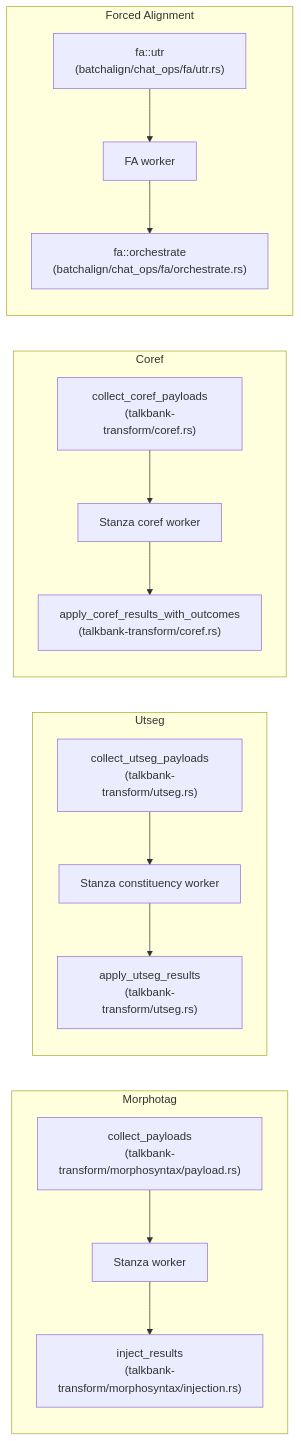
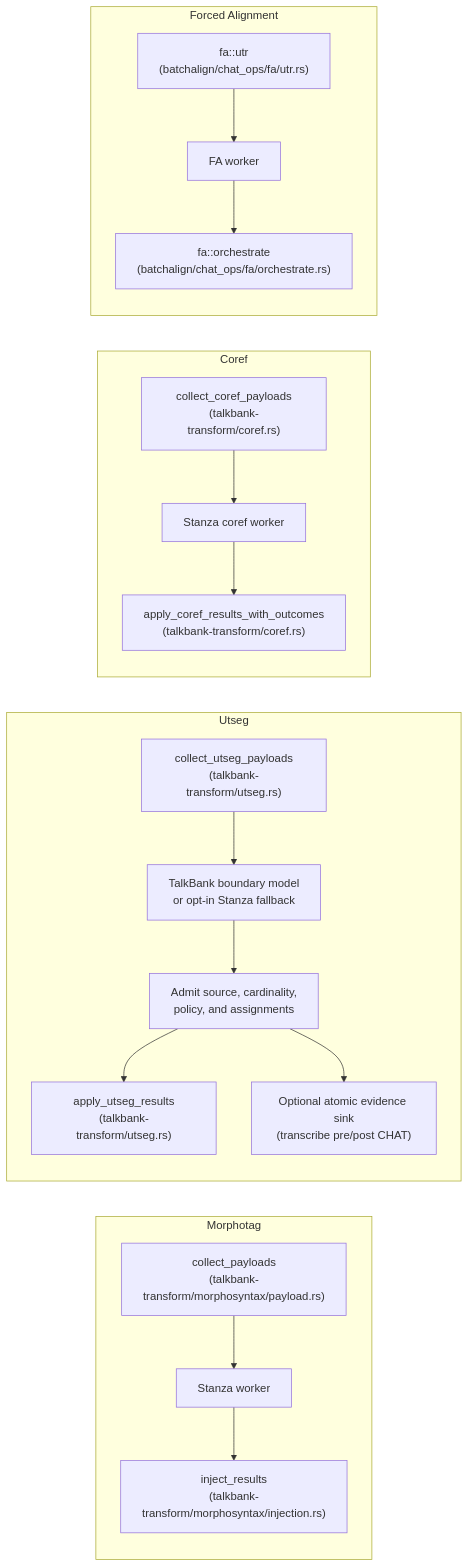
Before and after one commit to TalkBank/talkbank-tools: the first of 9 diagrams in book/src/batchalign/architecture/pipeline-decisions.md, drawn with Mermaid. The commit also changed other lines of this file and 181 other files, not shown here.

First line of the commit message:
feat(batchalign)!: add replayable evidence architecture

````diff
--- a/book/src/batchalign/architecture/pipeline-decisions.md
+++ b/book/src/batchalign/architecture/pipeline-decisions.md
@@ -35,19 +41,21 @@
 ```mermaid
 flowchart LR
     subgraph Morphotag
         MP["collect_payloads<br/>(talkbank-transform/morphosyntax/payload.rs)"] --> MD["Stanza worker"]
         MD --> MI["inject_results<br/>(talkbank-transform/morphosyntax/injection.rs)"]
     end
     subgraph Utseg
-        UP["collect_utseg_payloads<br/>(talkbank-transform/utseg.rs)"] --> UD["Stanza constituency worker"]
-        UD --> UI["apply_utseg_results<br/>(talkbank-transform/utseg.rs)"]
+        UP["collect_utseg_payloads<br/>(talkbank-transform/utseg.rs)"] --> UD["TalkBank boundary model<br/>or opt-in Stanza fallback"]
+        UD --> UA["Admit source, cardinality,<br/>policy, and assignments"]
+        UA --> UI["apply_utseg_results<br/>(talkbank-transform/utseg.rs)"]
+        UA --> UE["Optional atomic evidence sink<br/>(transcribe pre/post CHAT)"]
     end
     subgraph Coref
         CP["collect_coref_payloads<br/>(talkbank-transform/coref.rs)"] --> CD["Stanza coref worker"]
         CD --> CI["apply_coref_results_with_outcomes<br/>(talkbank-transform/coref.rs)"]
     end
     subgraph "Forced Alignment"
         FU["fa::utr<br/>(batchalign/chat_ops/fa/utr.rs)"] --> FA["FA worker"]
         FA --> FP["fa::orchestrate<br/>(batchalign/chat_ops/fa/orchestrate.rs)"]
     end
 ```
````
